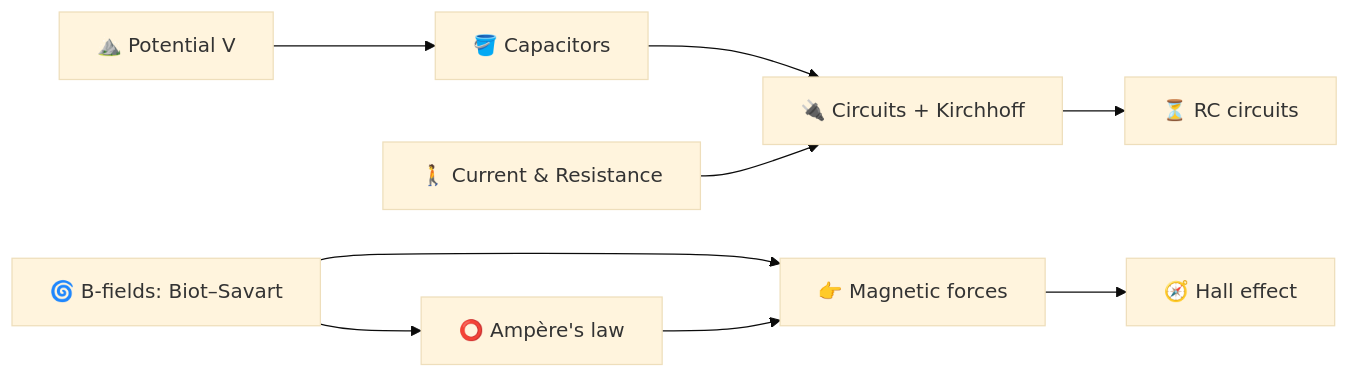
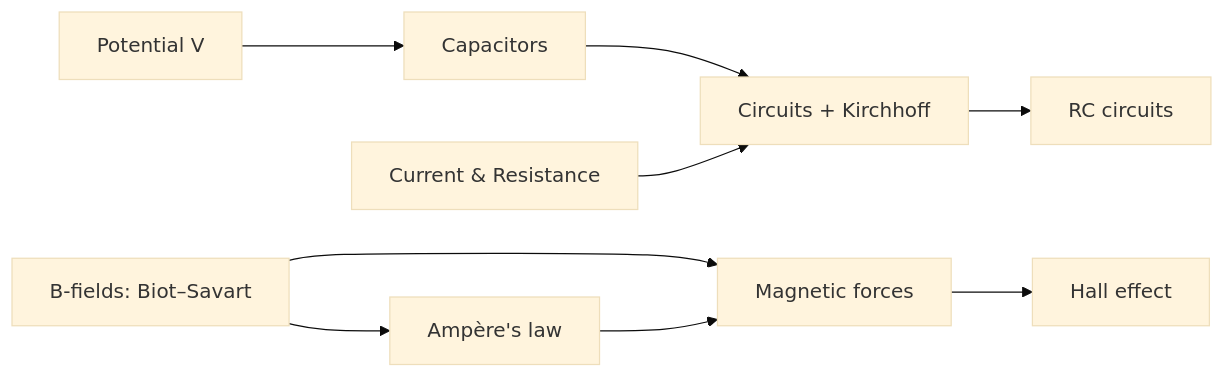
Before and after one commit to jlimaz/physics-study-guide: the first of 2 diagrams in content/study-guide.md, drawn with Mermaid (base theme). The commit also changed other lines of this file and 15 other files, not shown here.

````diff
--- a/content/study-guide.md
+++ b/content/study-guide.md
@@ -53,11 +53,11 @@
 ```mermaid
 flowchart LR
-    A["⛰️ Potential V"] --> B["🪣 Capacitors"]
-    B --> C["🔌 Circuits + Kirchhoff"]
-    D["🚶 Current & Resistance"] --> C
-    C --> E["⏳ RC circuits"]
-    F["🌀 B-fields: Biot–Savart"] --> G["⭕ Ampère's law"]
-    F --> H["👉 Magnetic forces"]
+    A["Potential V"] --> B["Capacitors"]
+    B --> C["Circuits + Kirchhoff"]
+    D["Current & Resistance"] --> C
+    C --> E["RC circuits"]
+    F["B-fields: Biot–Savart"] --> G["Ampère's law"]
+    F --> H["Magnetic forces"]
     G --> H
-    H --> I["🧭 Hall effect"]
+    H --> I["Hall effect"]
 ```
````
